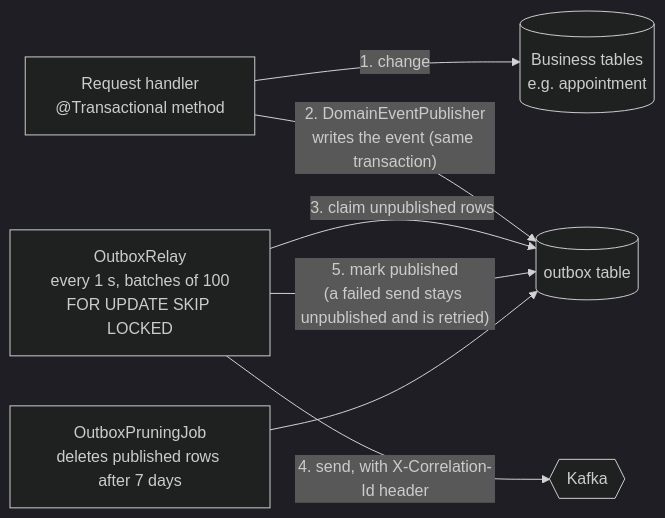
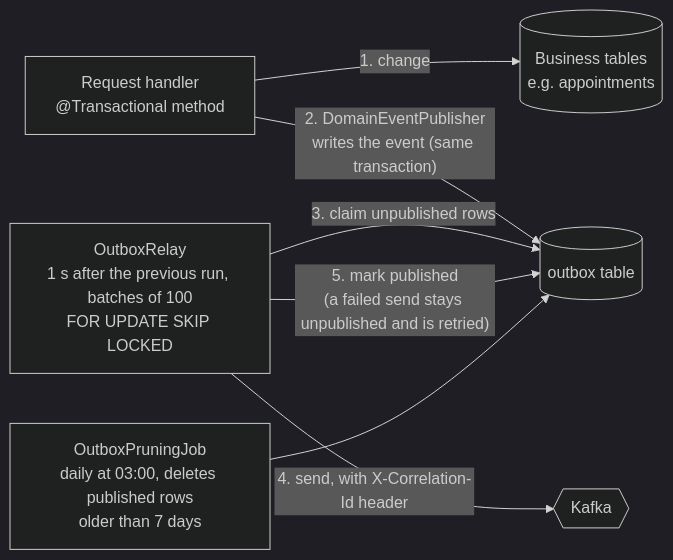
The third of 5 diagrams in docs/architecture/architecture.md (ayushkrsingh946/healthtech-booking), drawn with Mermaid (dark theme) before and after one commit. The commit also changed other lines of this file and 1 other file, not shown here.

First line of the commit message:
Correct the architecture docs after an independent fact-check

````diff
--- a/docs/architecture/architecture.md
+++ b/docs/architecture/architecture.md
@@ -128,16 +129,16 @@
 ```mermaid
 flowchart LR
     req["Request handler<br/>@Transactional method"]
-    biz[("Business tables<br/>e.g. appointment")]
+    biz[("Business tables<br/>e.g. appointments")]
     ob[("outbox table")]
-    relay["OutboxRelay<br/>every 1 s, batches of 100<br/>FOR UPDATE SKIP LOCKED"]
-    prune["OutboxPruningJob<br/>deletes published rows after 7 days"]
+    relay["OutboxRelay<br/>1 s after the previous run, batches of 100<br/>FOR UPDATE SKIP LOCKED"]
+    prune["OutboxPruningJob<br/>daily at 03:00, deletes published rows<br/>older than 7 days"]
     k{{"Kafka"}}
 
     req -->|"1. change"| biz
     req -->|"2. DomainEventPublisher<br/>writes the event (same transaction)"| ob
     relay -->|"3. claim unpublished rows"| ob
     relay -->|"4. send, with X-Correlation-Id header"| k
     relay -->|"5. mark published<br/>(a failed send stays unpublished and is retried)"| ob
     prune --> ob
 ```
````
